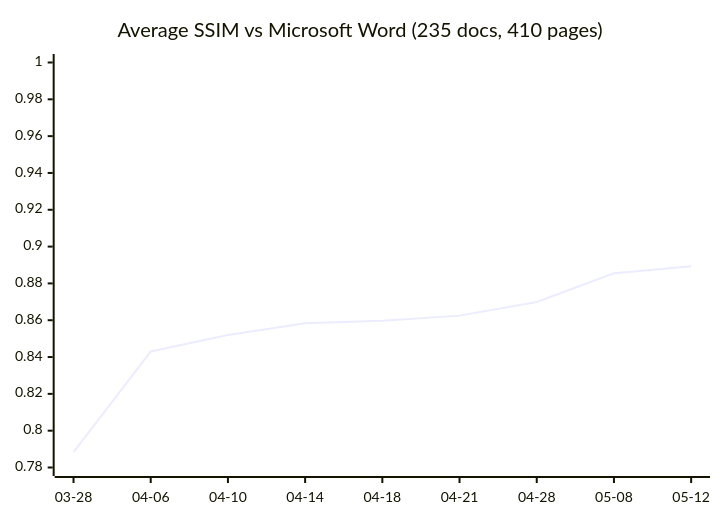
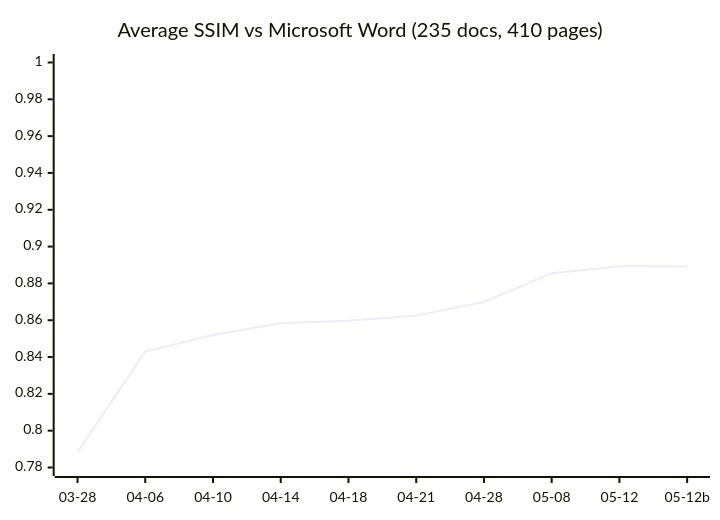
One commit to Ryujiyasu/oxi changed the diagram in README.md. Above: the diagram before and after it, drawn with Mermaid. The commit also changed other lines of this file, not shown here.

Commit message:
docs(README): Phase 1 43/55 + R7.18 row (natural_lh + widow_control fix)

````diff
--- a/README.md
+++ b/README.md
@@ -213,7 +213,7 @@
 ```mermaid
 xychart-beta
   title "Average SSIM vs Microsoft Word (235 docs, 410 pages)"
-  x-axis ["03-28", "04-06", "04-10", "04-14", "04-18", "04-21", "04-28", "05-08", "05-12"]
+  x-axis ["03-28", "04-06", "04-10", "04-14", "04-18", "04-21", "04-28", "05-08", "05-12", "05-12b"]
   y-axis 0.78 --> 1.0
-  line [0.7884, 0.8430, 0.8520, 0.8584, 0.8597, 0.8625, 0.8699, 0.8855, 0.8893]
+  line [0.7884, 0.8430, 0.8520, 0.8584, 0.8597, 0.8625, 0.8699, 0.8855, 0.8893, 0.8892]
 ```
````
